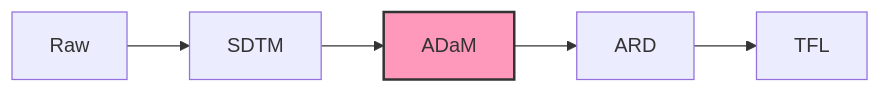
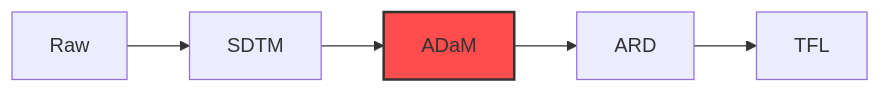
The diagram in slides/03-ADaM/admiral.qmd (posit-conf-2026/pharmaverse), drawn with Mermaid before and after one commit. The commit also changed other lines of this file and 8 other files, not shown here.

````diff
--- a/slides/03-ADaM/admiral.qmd
+++ b/slides/03-ADaM/admiral.qmd
@@ -111,14 +101,11 @@
 ```{mermaid}
 %%| echo: FALSE
 flowchart LR
   A[Raw] --> B[SDTM]
   B[SDTM] --> C[ADaM]
   C[ADaM] --> D[ARD]
   D[ARD] --> E[TFL]
-  
-%% Apply the custom class "highlight" to node B
+
 class C highlight;
-
-%% Define the style for the "highlight" class:
-classDef highlight fill:#F9B, stroke:#333, stroke-width:2px;  
+classDef highlight fill:#ff4d4d, stroke:#333, stroke-width:2px;
 ```
````
